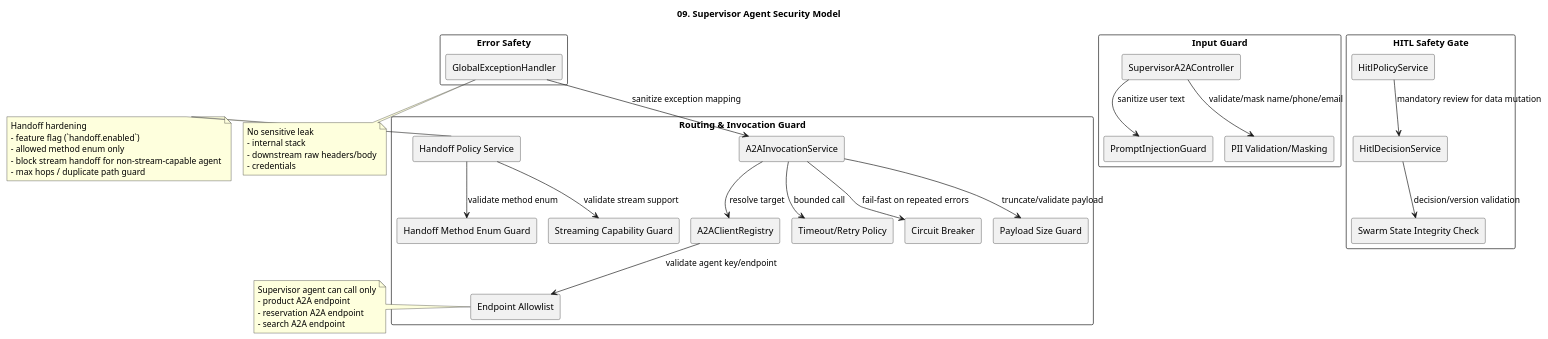
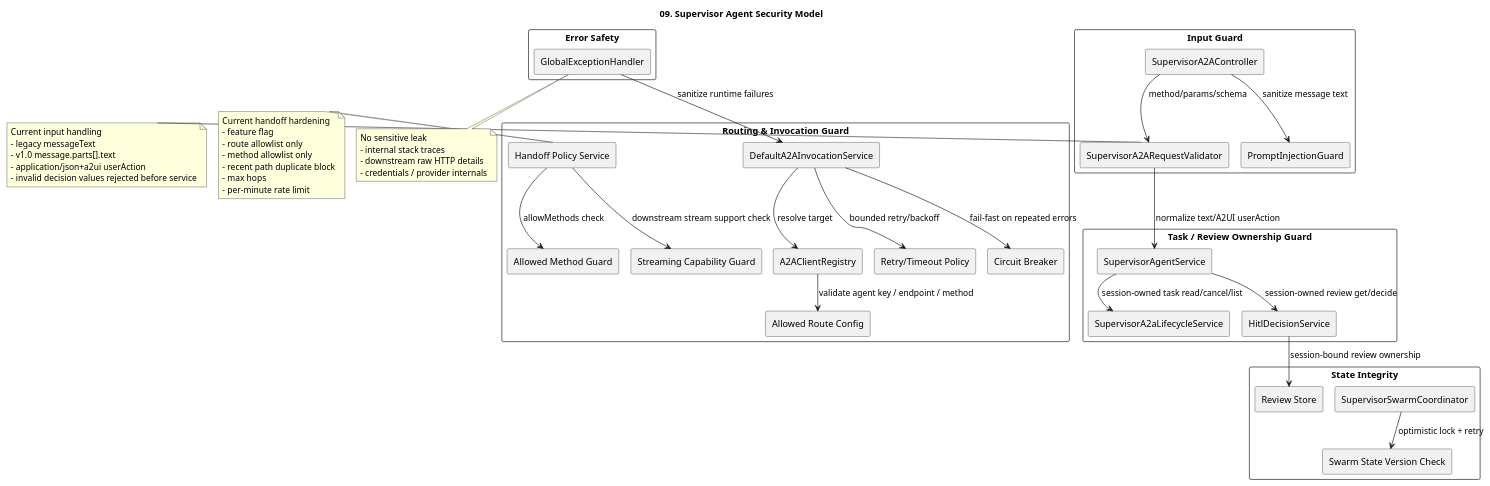
The diagram in documents/a2a-host_agent-architecture/09-security-model.puml (kim57uak/spring-ai), drawn with PlantUML before and after one commit. The commit also changed 15 other files, not shown here.

```diff
--- a/documents/a2a-host_agent-architecture/09-security-model.puml
+++ b/documents/a2a-host_agent-architecture/09-security-model.puml
@@ -1,78 +1,80 @@
 @startuml
 !pragma layout smetana
 title 09. Supervisor Agent Security Model
 
 skinparam shadowing false
 skinparam componentStyle rectangle
 
 rectangle "Input Guard" {
-  [SupervisorA2AController] as SupervisorA2AController
+  [SupervisorA2AController] as Controller
+  [SupervisorA2ARequestValidator] as Validator
   [PromptInjectionGuard] as PromptGuard
-  [PII Validation/Masking] as PiiGuard
+}
+
+rectangle "Task / Review Ownership Guard" {
+  [SupervisorAgentService] as Service
+  [SupervisorA2aLifecycleService] as Lifecycle
+  [HitlDecisionService] as HitlDecision
 }
 
 rectangle "Routing & Invocation Guard" {
   [A2AClientRegistry] as Registry
-  [Endpoint Allowlist] as Allowlist
-  [A2AInvocationService] as Invoker
+  [Allowed Route Config] as Allowlist
+  [DefaultA2AInvocationService] as Invoker
   [Handoff Policy Service] as HandoffPolicy
-  [Handoff Method Enum Guard] as MethodGuard
+  [Allowed Method Guard] as MethodGuard
   [Streaming Capability Guard] as StreamGuard
-  [Timeout/Retry Policy] as TimeoutRetry
+  [Retry/Timeout Policy] as RetryTimeout
   [Circuit Breaker] as CircuitBreaker
-  [Payload Size Guard] as PayloadGuard
+}
+
+rectangle "State Integrity" {
+  [SupervisorSwarmCoordinator] as SwarmCoordinator
+  [Swarm State Version Check] as SwarmVersion
+  [Review Store] as ReviewStore
 }
 
 rectangle "Error Safety" {
   [GlobalExceptionHandler] as ErrorHandler
 }
 
-rectangle "HITL Safety Gate" {
-  [HitlPolicyService] as HitlPolicy
-  [HitlDecisionService] as HitlDecision
-  [Swarm State Integrity Check] as SwarmIntegrity
-}
+Controller --> Validator : method/params/schema
+Controller --> PromptGuard : sanitize message text
+Validator --> Service : normalize text/A2UI userAction
+Service --> Lifecycle : session-owned task read/cancel/list
+Service --> HitlDecision : session-owned review get/decide
+Invoker --> Registry : resolve target
+Registry --> Allowlist : validate agent key / endpoint / method
+Invoker --> RetryTimeout : bounded retry/backoff
+Invoker --> CircuitBreaker : fail-fast on repeated errors
+HandoffPolicy --> MethodGuard : allowMethods check
+HandoffPolicy --> StreamGuard : downstream stream support check
+SwarmCoordinator --> SwarmVersion : optimistic lock + retry
+HitlDecision --> ReviewStore : session-bound review ownership
+ErrorHandler --> Invoker : sanitize runtime failures
 
-SupervisorA2AController --> PromptGuard : sanitize user text
-SupervisorA2AController --> PiiGuard : validate/mask name/phone/email
-Invoker --> Registry : resolve target
-Registry --> Allowlist : validate agent key/endpoint
-Invoker --> TimeoutRetry : bounded call
-Invoker --> CircuitBreaker : fail-fast on repeated errors
-Invoker --> PayloadGuard : truncate/validate payload
-HandoffPolicy --> MethodGuard : validate method enum
-HandoffPolicy --> StreamGuard : validate stream support
-ErrorHandler --> Invoker : sanitize exception mapping
-HitlPolicy --> HitlDecision : mandatory review for data mutation
-HitlDecision --> SwarmIntegrity : decision/version validation
-
-note right of Allowlist
-Supervisor agent can call only
-- product A2A endpoint
-- reservation A2A endpoint
-- search A2A endpoint
+note right of Validator
+Current input handling
+- legacy messageText
+- v1.0 message.parts[].text
+- application/json+a2ui userAction
+- invalid decision values rejected before service
 end note
 
 note right of HandoffPolicy
-Handoff hardening
-- feature flag (`handoff.enabled`)
-- allowed method enum only
-- block stream handoff for non-stream-capable agent
-- max hops / duplicate path guard
+Current handoff hardening
+- feature flag
+- route allowlist only
+- method allowlist only
+- recent path duplicate block
+- max hops
+- per-minute rate limit
 end note
 
 note bottom of ErrorHandler
 No sensitive leak
-- internal stack
-- downstream raw headers/body
-- credentials
+- internal stack traces
+- downstream raw HTTP details
+- credentials / provider internals
 end note
-
-' 2026-04-13 sync with doc 34
-' - add handoff guardrails to security boundary
-' 2026-04-12 sync with docs 30/31
-' - Scope: HITL decision limited to APPROVE/CANCEL in current phase
-' - Data mutation requests (create/update/delete) require mandatory HITL
-' - A2A compatibility mode keeps both legacy and v1.0 methods
-' - User profile input collection is deferred to next phase
 @enduml
```
